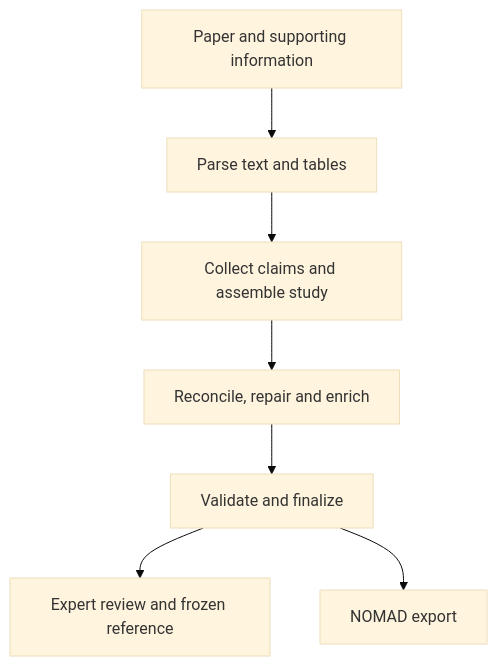
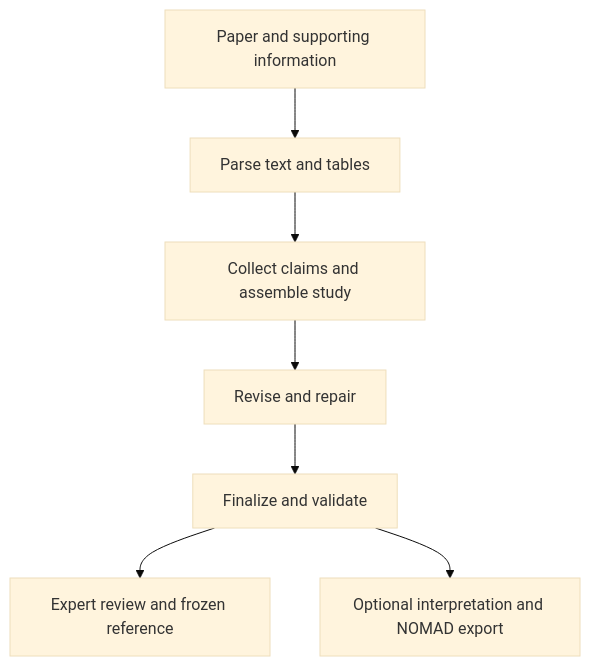
One commit to lamalab-org/perla-extract changed the diagram in docs/index.md. Above: the diagram before and after it, drawn with Mermaid (base theme). The commit also changed other lines of this file and 7 other files, not shown here.

Commit message:
Make the first offline example produce a paired comparison and figure tables

````diff
--- a/docs/index.md
+++ b/docs/index.md
@@ -11,9 +11,9 @@
 ```mermaid
 flowchart TD
     A[Paper and supporting information] --> B[Parse text and tables]
     B --> C[Collect claims and assemble study]
-    C --> D[Reconcile, repair and enrich]
-    D --> E[Validate and finalize]
+    C --> D[Revise and repair]
+    D --> E[Finalize and validate]
     E --> F[Expert review and frozen reference]
-    E --> G[NOMAD export]
+    E --> G[Optional interpretation and NOMAD export]
 ```
````
